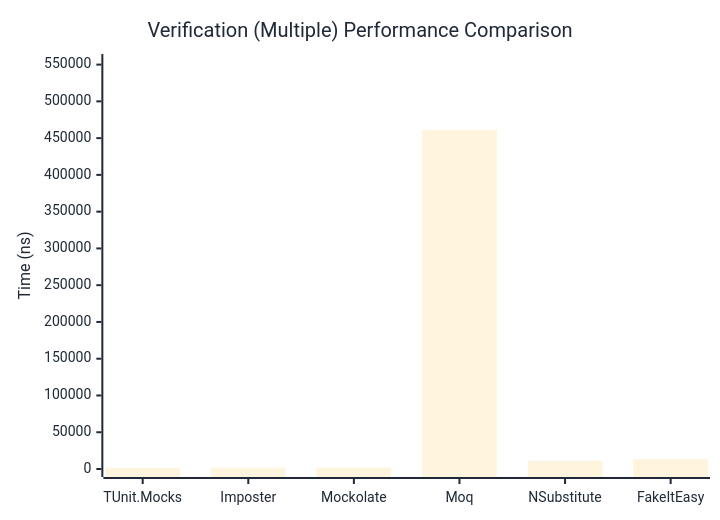
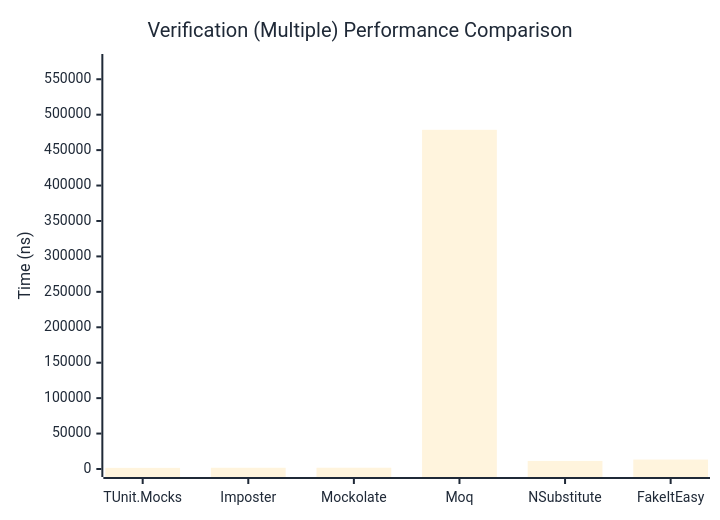
One commit to thomhurst/TUnit changed the third of 3 diagrams in docs/docs/benchmarks/mocks/Verification.md. Above: the diagram before and after it, drawn with Mermaid. The commit also changed other lines of this file and 13 other files, not shown here.

````diff
--- a/docs/docs/benchmarks/mocks/Verification.md
+++ b/docs/docs/benchmarks/mocks/Verification.md
@@ -110,27 +110,27 @@
 ```mermaid
 %%{init: {
   'theme':'base',
   'themeVariables': {
     'primaryColor': '#2563eb',
     'primaryTextColor': '#1f2937',
     'primaryBorderColor': '#1e40af',
     'lineColor': '#6b7280',
     'secondaryColor': '#7c3aed',
     'tertiaryColor': '#dc2626',
     'background': '#ffffff',
     'pie1': '#2563eb',
     'pie2': '#7c3aed',
     'pie3': '#dc2626',
     'pie4': '#f59e0b',
     'pie5': '#10b981',
     'pie6': '#06b6d4',
     'pie7': '#ec4899',
     'pie8': '#6366f1'
   }
 }}%%
 xychart-beta
   title "Verification (Multiple) Performance Comparison"
   x-axis ["TUnit.Mocks", "Imposter", "Mockolate", "Moq", "NSubstitute", "FakeItEasy"]
-  y-axis "Time (ns)" 0 --> 553541
-  bar [1576.26, 1731.41, 1840.88, 461283.98, 11013.13, 13373.52]
+  y-axis "Time (ns)" 0 --> 574331
+  bar [1590.1, 1730.3, 1783.2, 478608.6, 11385, 13336]
 ```
````
